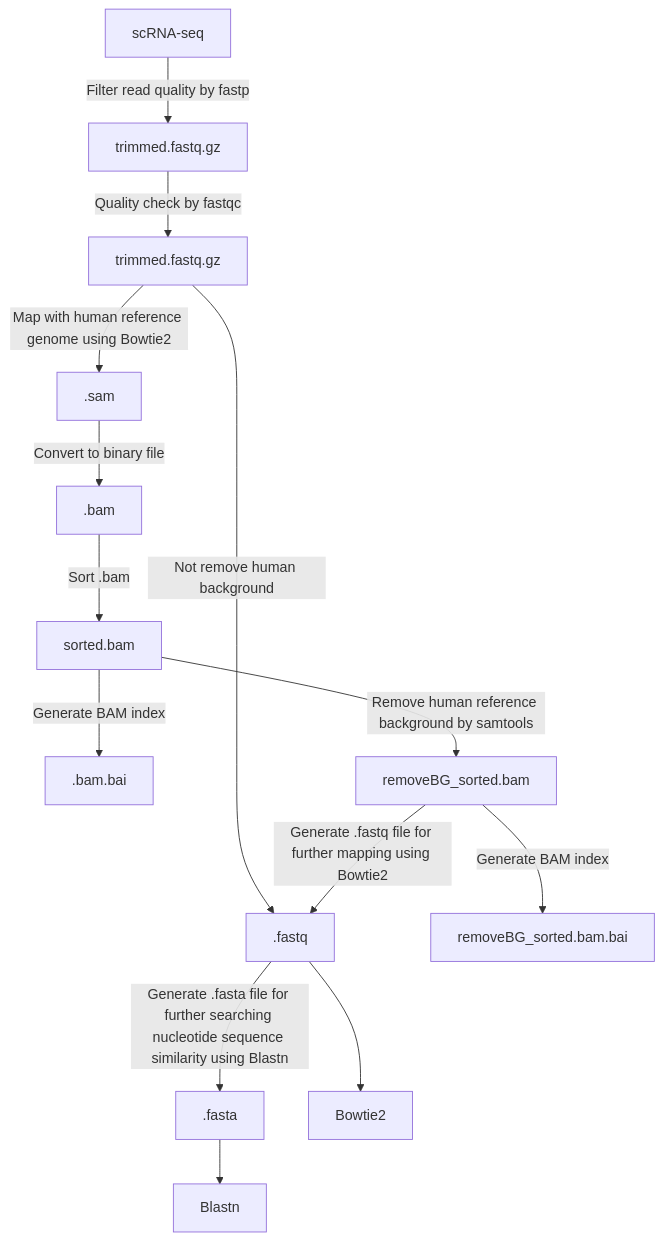
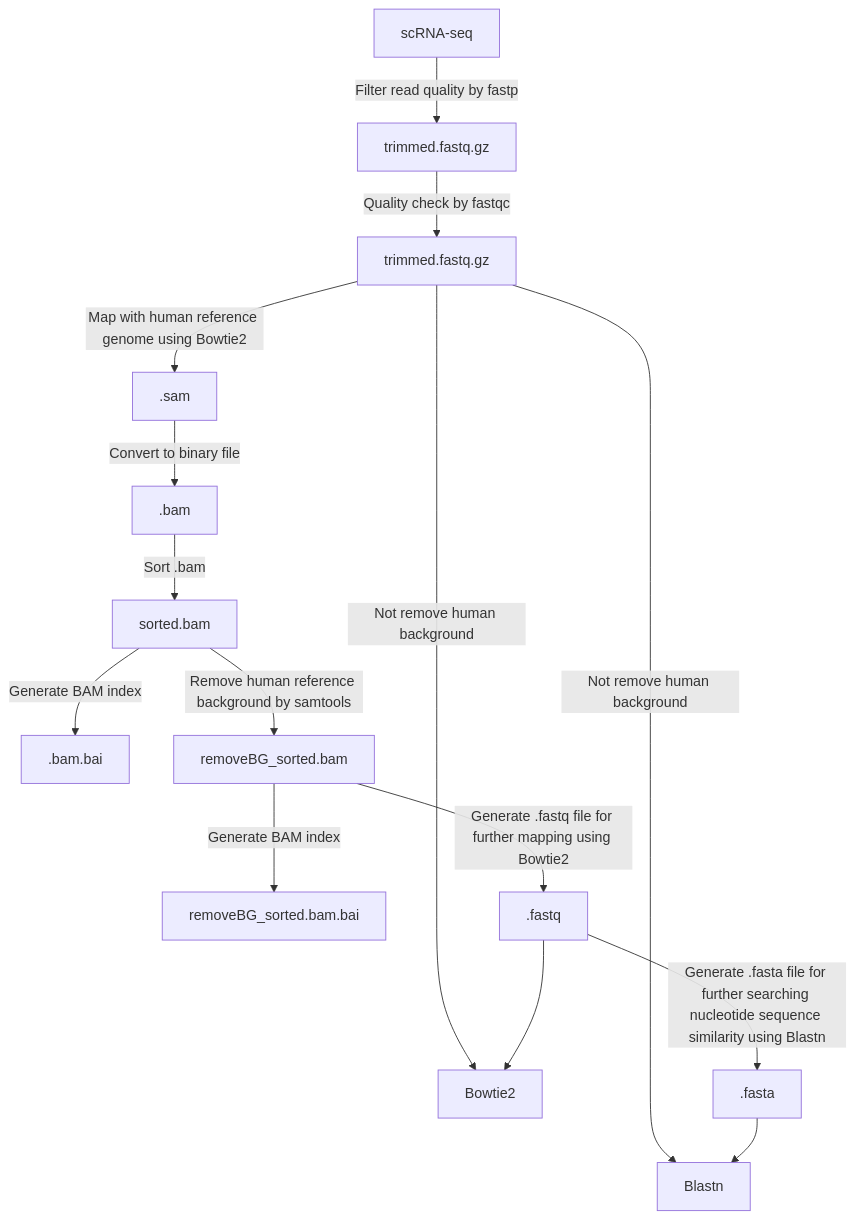
The diagram in README.md (julaneelee/Human-viruses-detection-in-scRNA-seq), drawn with Mermaid before and after one commit.

````diff
--- a/README.md
+++ b/README.md
@@ -13,18 +13,19 @@
 ```mermaid
 graph TD;
     A[scRNA-seq]-->|Filter read quality by fastp| B[trimmed.fastq.gz];
     B-->|Quality check by fastqc| C[trimmed.fastq.gz];
-    C--> |Not remove human background| J[.fastq];
+    C--> |Not remove human background| L[Bowtie2];
+    C--> |Not remove human background| M[Blastn];
     C-->|Map with human reference genome using Bowtie2| D[.sam];
     D-->|Convert to binary file| E[.bam];
     E-->|Sort .bam| F[sorted.bam];
     F-->|Generate BAM index| G[.bam.bai];
     F-->|Remove human reference background by samtools| H[removeBG_sorted.bam] ;
     H-->|Generate BAM index| I[removeBG_sorted.bam.bai];
     H-->|Generate .fastq file for further mapping using Bowtie2| J[.fastq];
     J-->|Generate .fasta file for further searching nucleotide sequence similarity using Blastn| K[.fasta];
     J-->L[Bowtie2];
     K-->M[Blastn];
   
     
 ```
````
